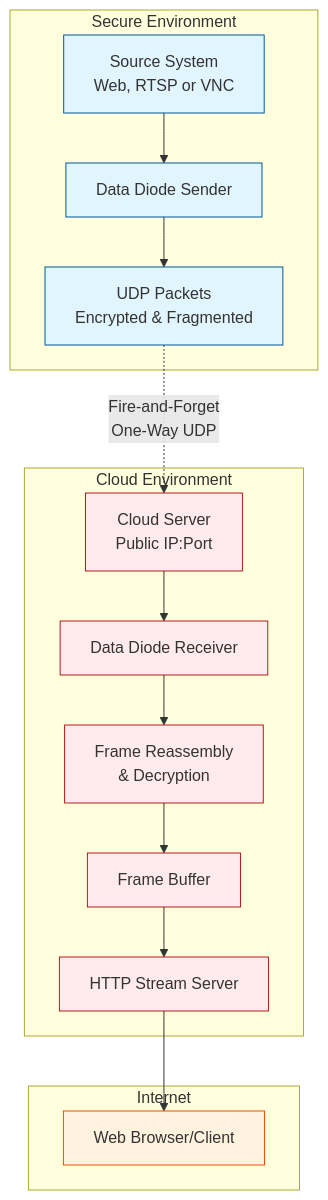
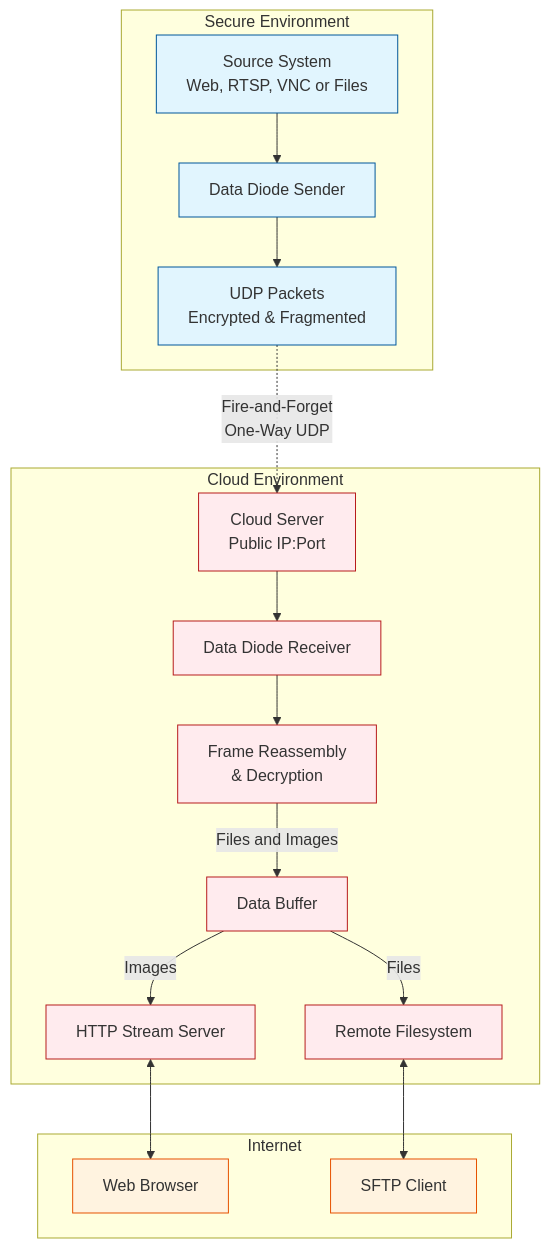
One commit to bmtwl/SoftDataDiode changed the diagram in README.md. Above: the diagram before and after it, drawn with Mermaid. The commit also changed other lines of this file, not shown here.

````diff
--- a/README.md
+++ b/README.md
@@ -17,30 +17,32 @@
 ```mermaid
 graph TD
     subgraph "Secure Environment"
-        SOURCE[Source System<BR>Web, RTSP or VNC] --> SENDER[Data Diode Sender]
+        SOURCE[Source System<BR>Web, RTSP, VNC or Files] --> SENDER[Data Diode Sender]
         SENDER --> SENDERPROCESSING[UDP Packets<br/>Encrypted & Fragmented]
     end
     
     SENDERPROCESSING -.->|Fire-and-Forget<br/>One-Way UDP| CLOUDIP[Cloud Server<br/>Public IP:Port]
     
     subgraph "Cloud Environment"
         CLOUDIP --> RECEIVER[Data Diode Receiver]
         RECEIVER --> RECEIVERPROCESSING[Frame Reassembly<br/>& Decryption]
-        RECEIVERPROCESSING --> BUFFER[Frame Buffer]
-        BUFFER --> HTTPSERVER[HTTP Stream Server]
+        RECEIVERPROCESSING -->|Files and Images| BUFFER[Data Buffer]
+        BUFFER -->|Images| HTTPSERVER[HTTP Stream Server]
+        BUFFER -->|Files| FILESYSTEM[Remote Filesystem]
     end
 
     subgraph "Internet"
-        HTTPSERVER --> INTERNETCLIENT[Web Browser/Client]
+        HTTPSERVER <--> WEBBROWSER[Web Browser]
+        FILESYSTEM <--> FILECLIENT[SFTP Client]
     end
 
     
     
     classDef secure fill:#e1f5fe,stroke:#01579b;
     classDef cloud fill:#ffebee,stroke:#b71c1c;
     classDef client fill:#fff3e0,stroke:#e65100;
     
     class SOURCE,SENDER,SENDERPROCESSING secure
-    class CLOUDIP,RECEIVER,RECEIVERPROCESSING,BUFFER,HTTPSERVER cloud
-    class INTERNETCLIENT client
+    class CLOUDIP,RECEIVER,RECEIVERPROCESSING,BUFFER,HTTPSERVER,FILESYSTEM cloud
+    class WEBBROWSER,FILECLIENT client
 ```
````
